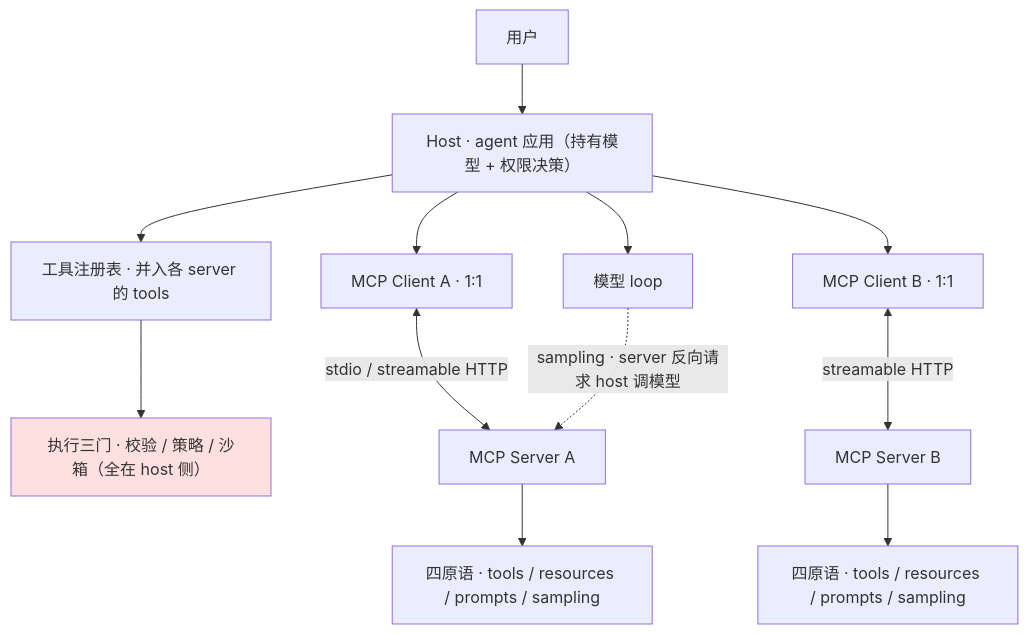
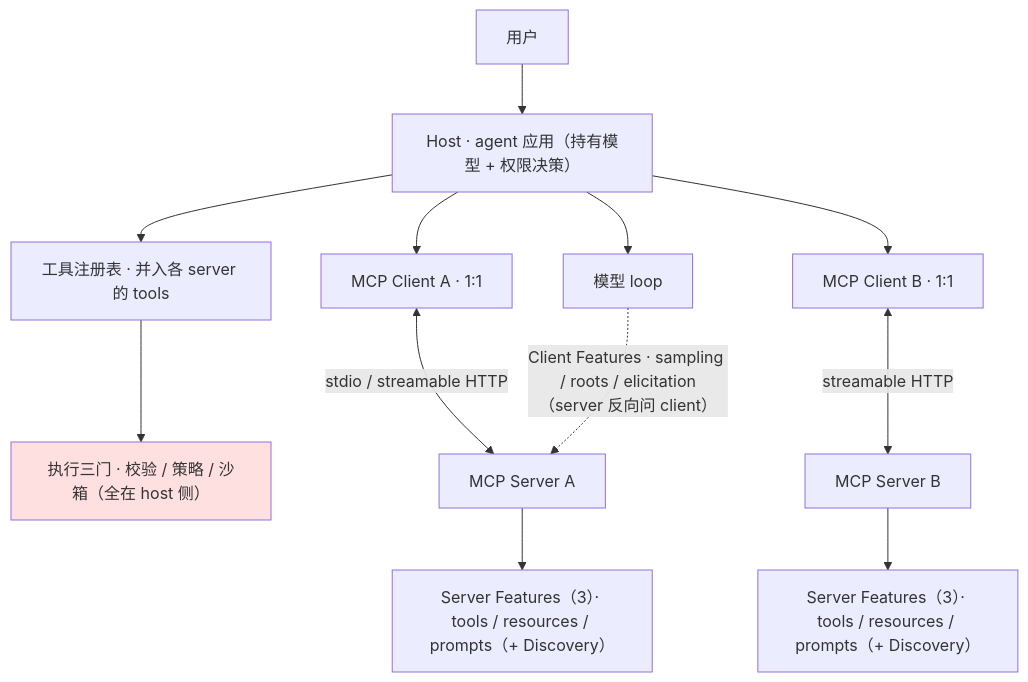
The second of 5 diagrams in notes/mcp.md (zo0043/learn-agent-harness), drawn with Mermaid before and after one commit. The commit also changed other lines of this file and 65 other files, not shown here.

````diff
--- a/notes/mcp.md
+++ b/notes/mcp.md
@@ -71,15 +71,15 @@
 ```mermaid
 flowchart TB
   U["用户"] --> H["Host · agent 应用（持有模型 + 权限决策）"]
   H --> REG["工具注册表 · 并入各 server 的 tools"]
   REG --> GATE["执行三门 · 校验 / 策略 / 沙箱（全在 host 侧）"]
   H --> MOD["模型 loop"]
   H --> C1["MCP Client A · 1:1"]
   H --> C2["MCP Client B · 1:1"]
   C1 <-->|stdio / streamable HTTP| S1["MCP Server A"]
   C2 <-->|streamable HTTP| S2["MCP Server B"]
-  S1 --> P1["四原语 · tools / resources / prompts / sampling"]
-  S2 --> P2["四原语 · tools / resources / prompts / sampling"]
-  MOD -.->|"sampling · server 反向请求 host 调模型"| S1
+  S1 --> P1["Server Features（3）· tools / resources / prompts（+ Discovery）"]
+  S2 --> P2["Server Features（3）· tools / resources / prompts（+ Discovery）"]
+  MOD -.->|"Client Features · sampling / roots / elicitation（server 反向问 client）"| S1
   style GATE fill:#ffe0e0
 ```
````
